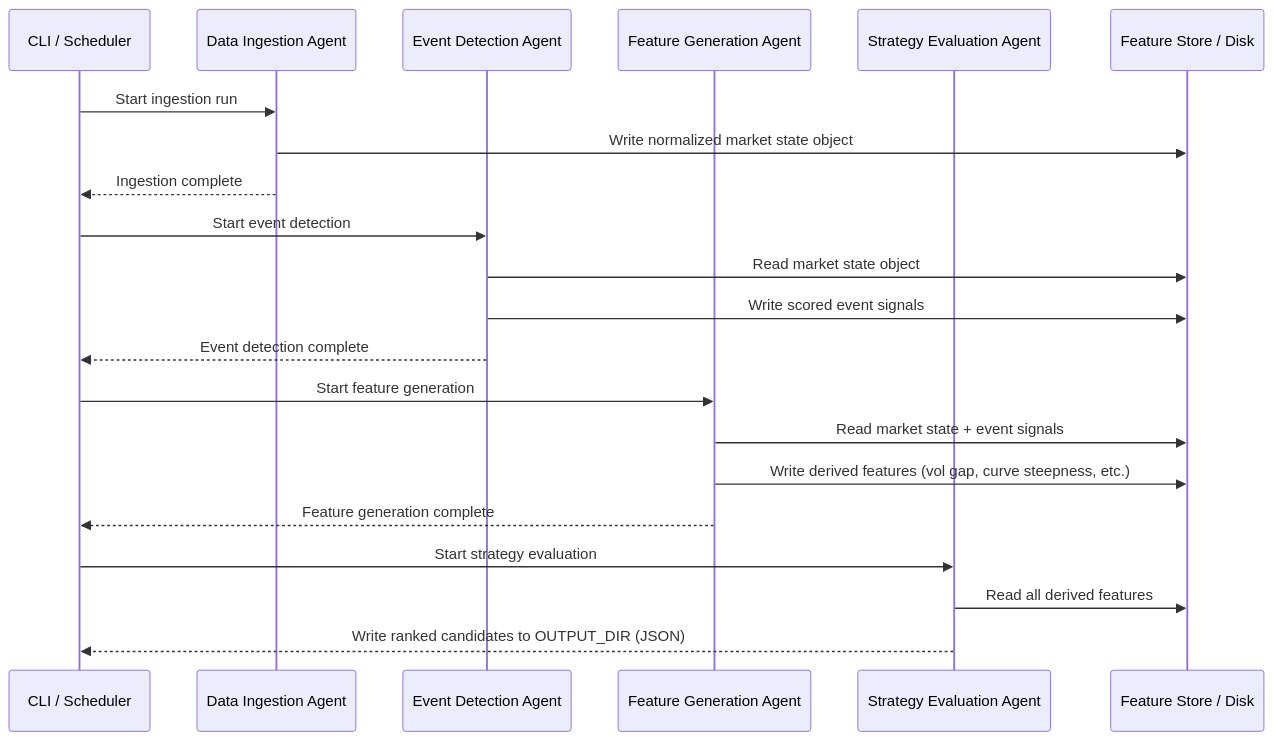
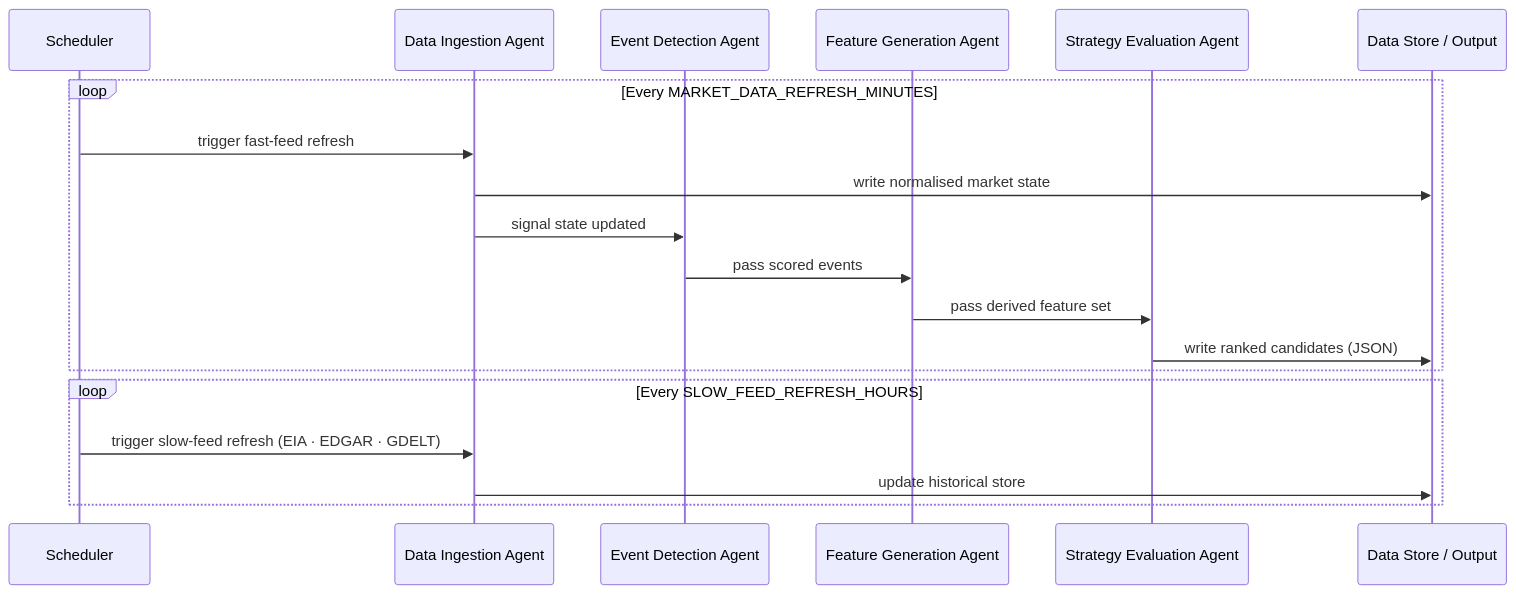
The second of 2 diagrams in docs/generated/user_guide_full-pipeline.md (jeisenback/golden_boy_peanuts), drawn with Mermaid before and after one commit. The commit also changed other lines of this file, not shown here.

````diff
--- a/docs/generated/user_guide_full-pipeline.md
+++ b/docs/generated/user_guide_full-pipeline.md
@@ -219,27 +231,23 @@
 ```mermaid
 sequenceDiagram
-    participant CLI as CLI / Scheduler
-    participant DIA as Data Ingestion Agent
-    participant EDA as Event Detection Agent
-    participant FGA as Feature Generation Agent
-    participant SEA as Strategy Evaluation Agent
-    participant FS as Feature Store / Disk
+    participant Scheduler
+    participant Ingestion as Data Ingestion Agent
+    participant Events as Event Detection Agent
+    participant Features as Feature Generation Agent
+    participant Strategy as Strategy Evaluation Agent
+    participant Store as Data Store / Output
 
-    CLI->>DIA: Start ingestion run
-    DIA->>FS: Write normalized market state object
-    DIA-->>CLI: Ingestion complete
+    loop Every MARKET_DATA_REFRESH_MINUTES
+        Scheduler->>Ingestion: trigger fast-feed refresh
+        Ingestion->>Store: write normalised market state
+        Ingestion->>Events: signal state updated
+        Events->>Features: pass scored events
+        Features->>Strategy: pass derived feature set
+        Strategy->>Store: write ranked candidates (JSON)
+    end
 
-    CLI->>EDA: Start event detection
-    EDA->>FS: Read market state object
-    EDA->>FS: Write scored event signals
-    EDA-->>CLI: Event detection complete
-
-    CLI->>FGA: Start feature generation
-    FGA->>FS: Read market state + event signals
-    FGA->>FS: Write derived features (vol gap, curve steepness, etc.)
-    FGA-->>CLI: Feature generation complete
-
-    CLI->>SEA: Start strategy evaluation
-    SEA->>FS: Read all derived features
-    SEA-->>CLI: Write ranked candidates to OUTPUT_DIR (JSON)
+    loop Every SLOW_FEED_REFRESH_HOURS
+        Scheduler->>Ingestion: trigger slow-feed refresh (EIA · EDGAR · GDELT)
+        Ingestion->>Store: update historical store
+    end
 ```
````
